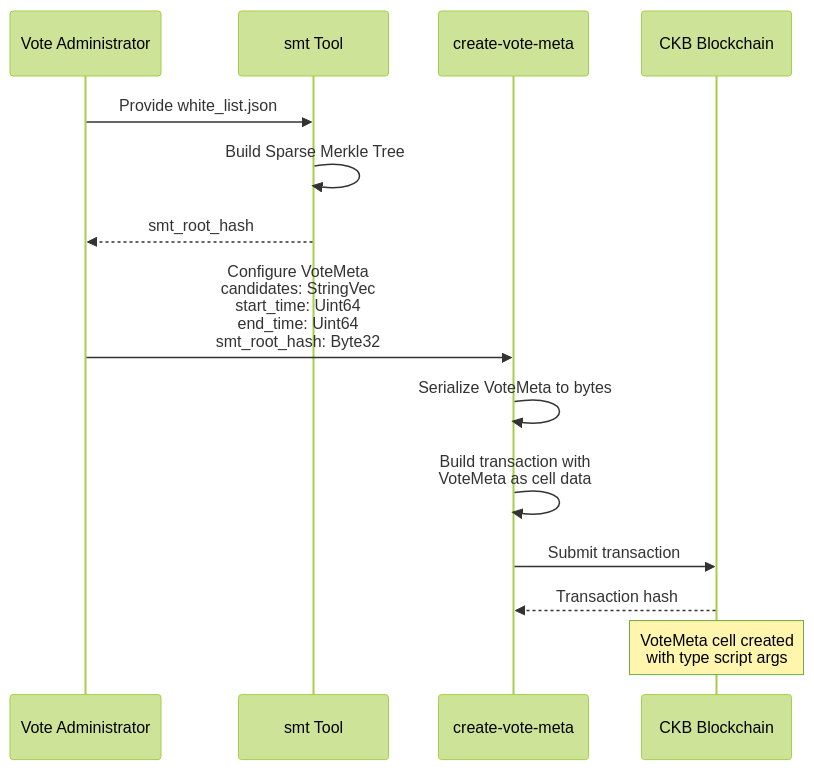
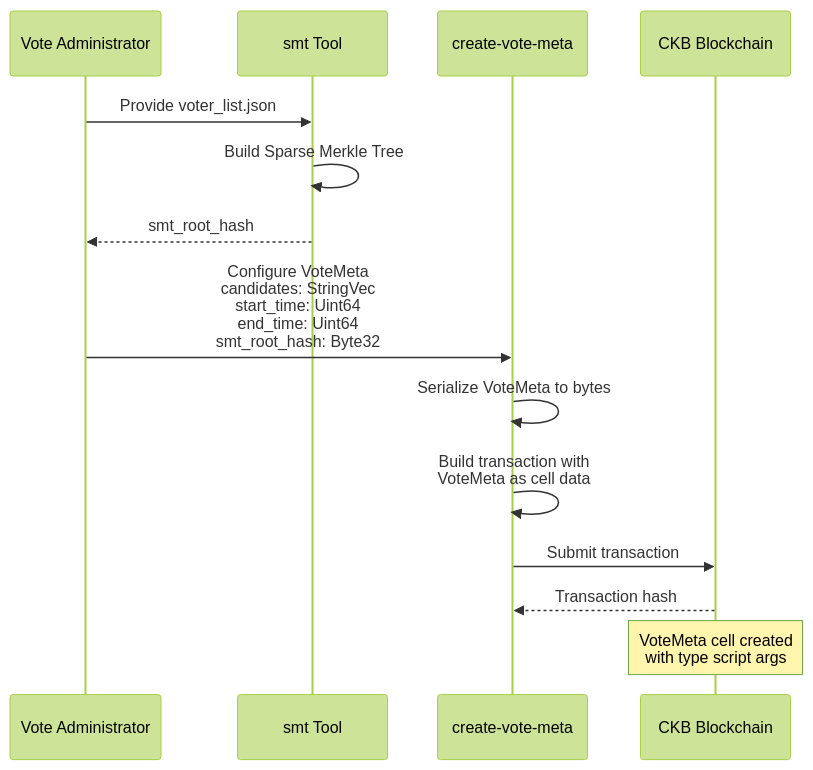
Before and after one commit to CCF-DAO1-1/ccfdao-v1.1-docs: the second of 6 diagrams in content/docs/en/developer-docs/architecture/vote.mdx, drawn with Mermaid (forest theme). The commit also changed other lines of this file and 7 other files, not shown here.

First line of the commit message:
docs: replace 'whitelist' terminology with 'voter list' throughout documentation

````diff
--- a/content/docs/en/developer-docs/architecture/vote.mdx
+++ b/content/docs/en/developer-docs/architecture/vote.mdx
@@ -81,21 +81,21 @@
 ```mermaid
 sequenceDiagram
     participant Admin as Vote Administrator
     participant SMT as smt Tool
     participant CreateMeta as create-vote-meta
     participant CKB as CKB Blockchain
     
-    Admin->>SMT: Provide white_list.json
+    Admin->>SMT: Provide voter_list.json
     SMT->>SMT: Build Sparse Merkle Tree
     SMT-->>Admin: smt_root_hash
     
     Admin->>CreateMeta: Configure VoteMeta<br/>candidates: StringVec<br/>start_time: Uint64<br/>end_time: Uint64<br/>smt_root_hash: Byte32
     
     CreateMeta->>CreateMeta: Serialize VoteMeta to bytes
     CreateMeta->>CreateMeta: Build transaction with<br/>VoteMeta as cell data
     
     CreateMeta->>CKB: Submit transaction
     CKB-->>CreateMeta: Transaction hash
     
     Note over CKB: VoteMeta cell created<br/>with type script args
 ```
````
